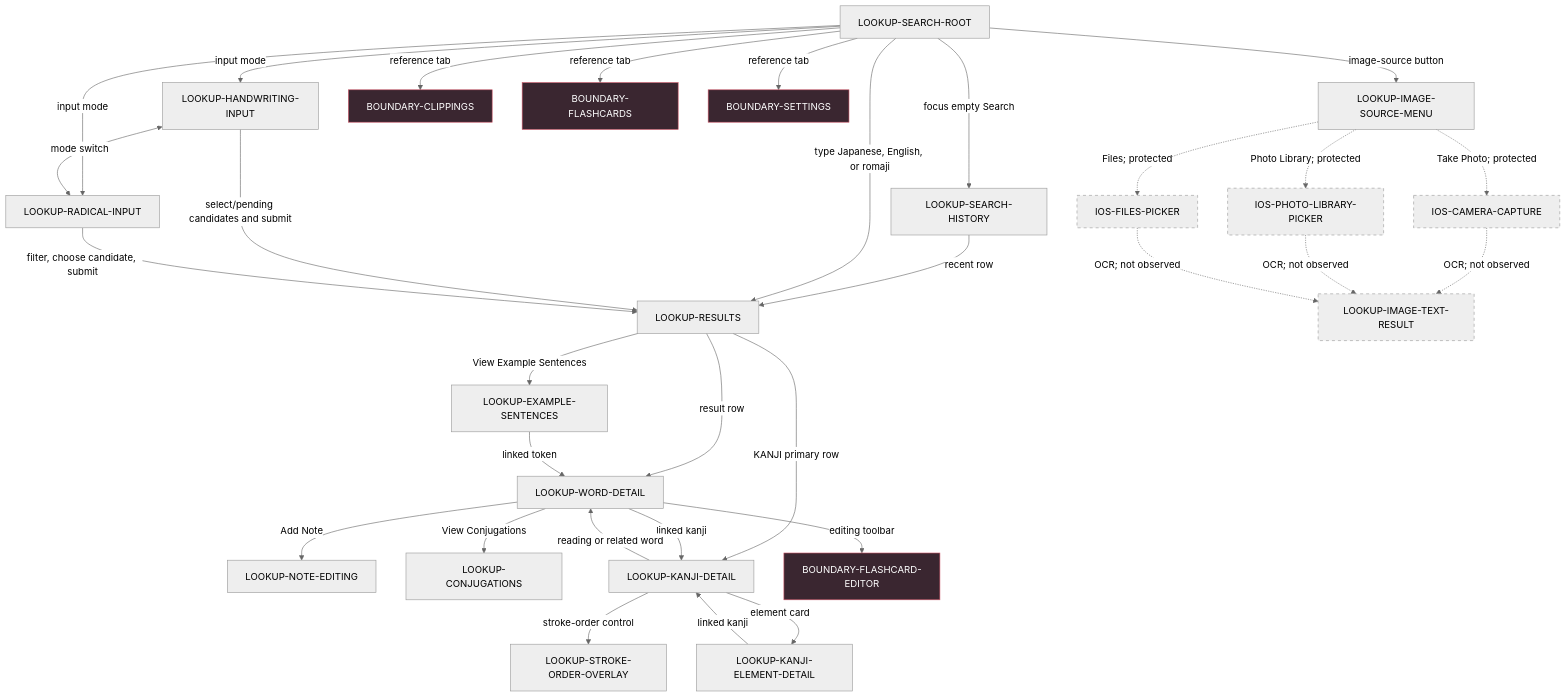
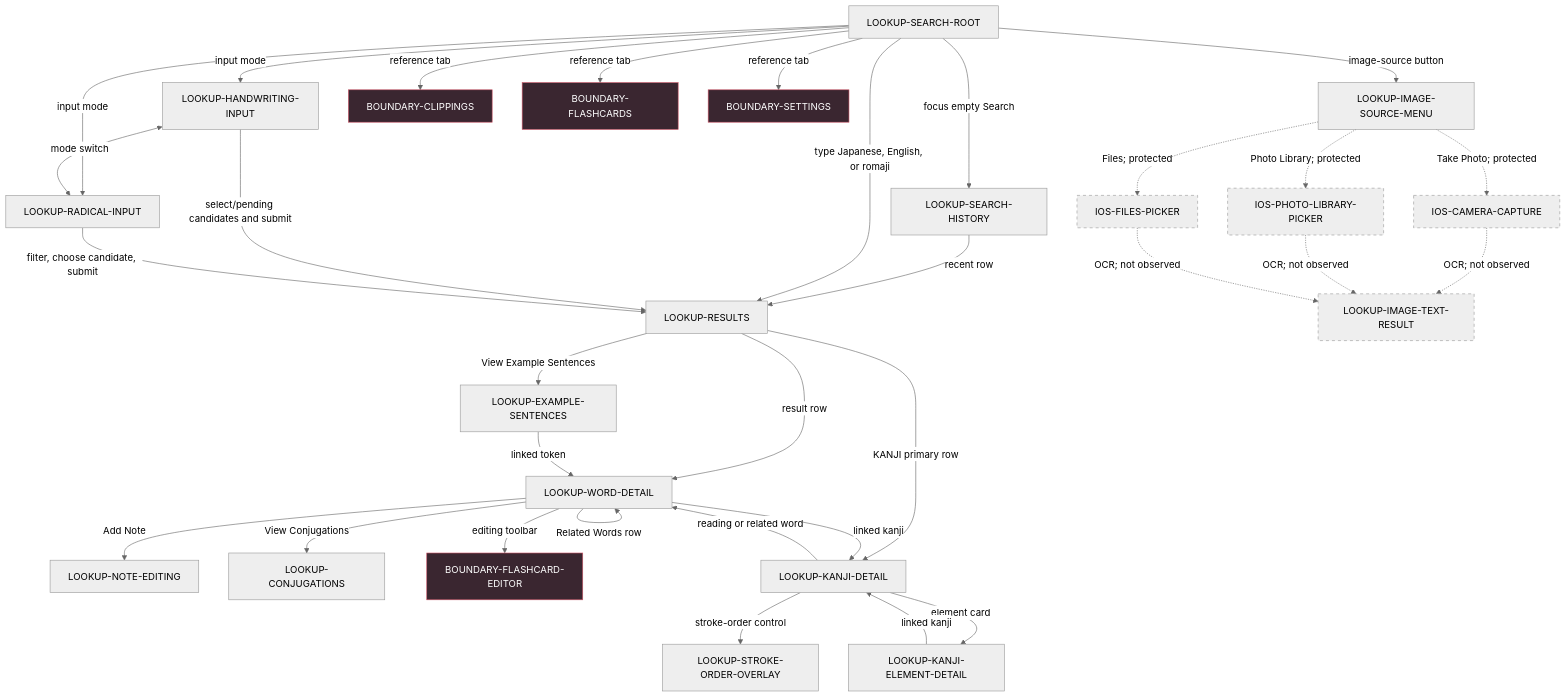
One commit to serpcompany/zenbujapanese-monorepo changed the diagram in docs/clone-discovery/nihongo/reachability-map.md. Above: the diagram before and after it, drawn with Mermaid (neutral theme). The commit also changed other lines of this file and 56 other files, not shown here.

````diff
--- a/docs/clone-discovery/nihongo/reachability-map.md
+++ b/docs/clone-discovery/nihongo/reachability-map.md
@@ -5,60 +5,62 @@
 ```mermaid
 flowchart TD
     ROOT[LOOKUP-SEARCH-ROOT]
     HISTORY[LOOKUP-SEARCH-HISTORY]
     MENU[LOOKUP-IMAGE-SOURCE-MENU]
     HAND[LOOKUP-HANDWRITING-INPUT]
     RAD[LOOKUP-RADICAL-INPUT]
     RESULTS[LOOKUP-RESULTS]
     EXAMPLES[LOOKUP-EXAMPLE-SENTENCES]
     WORD[LOOKUP-WORD-DETAIL]
     NOTE[LOOKUP-NOTE-EDITING]
     CONJ[LOOKUP-CONJUGATIONS]
     KANJI[LOOKUP-KANJI-DETAIL]
     STROKE[LOOKUP-STROKE-ORDER-OVERLAY]
     ELEMENT[LOOKUP-KANJI-ELEMENT-DETAIL]
     CAMERA[IOS-CAMERA-CAPTURE]
     PHOTOS[IOS-PHOTO-LIBRARY-PICKER]
     FILES[IOS-FILES-PICKER]
     IMAGE[LOOKUP-IMAGE-TEXT-RESULT]
     CLIP[BOUNDARY-CLIPPINGS]
     FLASH[BOUNDARY-FLASHCARDS]
     SETTINGS[BOUNDARY-SETTINGS]
     EDITOR[BOUNDARY-FLASHCARD-EDITOR]
 
     ROOT -->|focus empty Search| HISTORY
     HISTORY -->|recent row| RESULTS
     ROOT -->|type Japanese, English, or romaji| RESULTS
     ROOT -->|input mode| HAND
     ROOT -->|input mode| RAD
     HAND <-->|mode switch| RAD
     HAND -->|select/pending candidates and submit| RESULTS
     RAD -->|filter, choose candidate, submit| RESULTS
     ROOT -->|image-source button| MENU
     MENU -.->|Take Photo; protected| CAMERA
     MENU -.->|Photo Library; protected| PHOTOS
     MENU -.->|Files; protected| FILES
     CAMERA -.->|OCR; not observed| IMAGE
     PHOTOS -.->|OCR; not observed| IMAGE
     FILES -.->|OCR; not observed| IMAGE
     RESULTS -->|result row| WORD
     RESULTS -->|KANJI primary row| KANJI
     RESULTS -->|View Example Sentences| EXAMPLES
     EXAMPLES -->|linked token| WORD
+    WORD -->|linked example token| WORD
+    WORD -->|Related Words row| WORD
     WORD -->|Add Note| NOTE
     WORD -->|View Conjugations| CONJ
     WORD -->|linked kanji| KANJI
     KANJI -->|stroke-order control| STROKE
     KANJI -->|element card| ELEMENT
     ELEMENT -->|linked kanji| KANJI
     KANJI -->|reading or related word| WORD
     WORD -->|editing toolbar| EDITOR
     ROOT -->|reference tab| CLIP
     ROOT -->|reference tab| FLASH
     ROOT -->|reference tab| SETTINGS
 
     classDef protected stroke-dasharray: 5 5;
     classDef excluded fill:#3a2630,stroke:#c56,color:#fff;
     class CAMERA,PHOTOS,FILES,IMAGE protected;
     class CLIP,FLASH,SETTINGS,EDITOR excluded;
 ```
````
